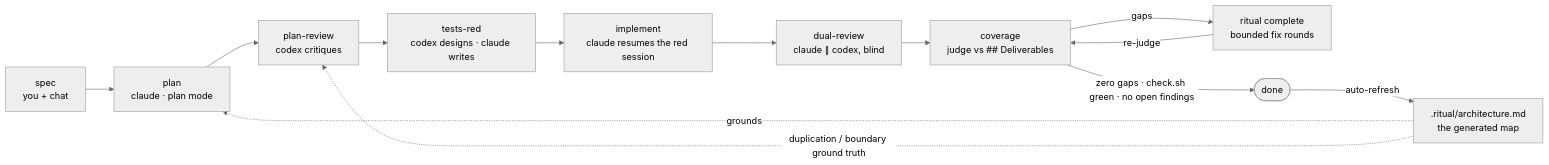
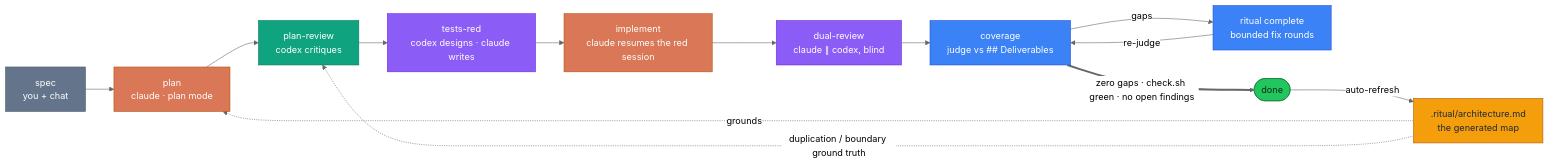
The second of 3 diagrams in README.md (2Tricky4u/Ritual), drawn with Mermaid (neutral theme) before and after one commit. The commit also changed other lines of this file, not shown here.

First line of the commit message:
docs(readme): color the mermaid diagrams with a consistent semantic palette

````diff
--- a/README.md
+++ b/README.md
@@ -160,15 +172,32 @@
 ```mermaid
+%%{init: {"flowchart": {"curve": "basis"}}}%%
 flowchart LR
     spec["spec<br/>you + chat"] --> plan["plan<br/>claude · plan mode"]
     plan --> pr["plan-review<br/>codex critiques"]
     pr --> tr["tests-red<br/>codex designs · claude writes"]
     tr --> impl["implement<br/>claude resumes the red session"]
     impl --> dr["dual-review<br/>claude ∥ codex, blind"]
     dr --> cov["coverage<br/>judge vs ## Deliverables"]
     cov -->|gaps| fix["ritual complete<br/>bounded fix rounds"]
     fix -->|re-judge| cov
-    cov -->|"zero gaps · check.sh green · no open findings"| done(["done"])
+    cov ==>|"zero gaps · check.sh green · no open findings"| done(["done"])
     arch[".ritual/architecture.md<br/>the generated map"] -.->|grounds| plan
     arch -.->|"duplication / boundary ground truth"| pr
     done -->|auto-refresh| arch
+
+    %% orange = claude · teal = codex · purple = cross-model · blue = judge/driver · amber = artifact · green = done
+    classDef you fill:#64748b,stroke:#475569,color:#ffffff
+    classDef claude fill:#d97757,stroke:#b45309,color:#ffffff
+    classDef codex fill:#10a37f,stroke:#047857,color:#ffffff
+    classDef both fill:#8b5cf6,stroke:#6d28d9,color:#ffffff
+    classDef judge fill:#3b82f6,stroke:#1d4ed8,color:#ffffff
+    classDef artifact fill:#f59e0b,stroke:#b45309,color:#1f2937
+    classDef ok fill:#22c55e,stroke:#15803d,color:#052e16
+    class spec you
+    class plan,impl claude
+    class pr codex
+    class tr,dr both
+    class cov,fix judge
+    class arch artifact
+    class done ok
 ```
````
